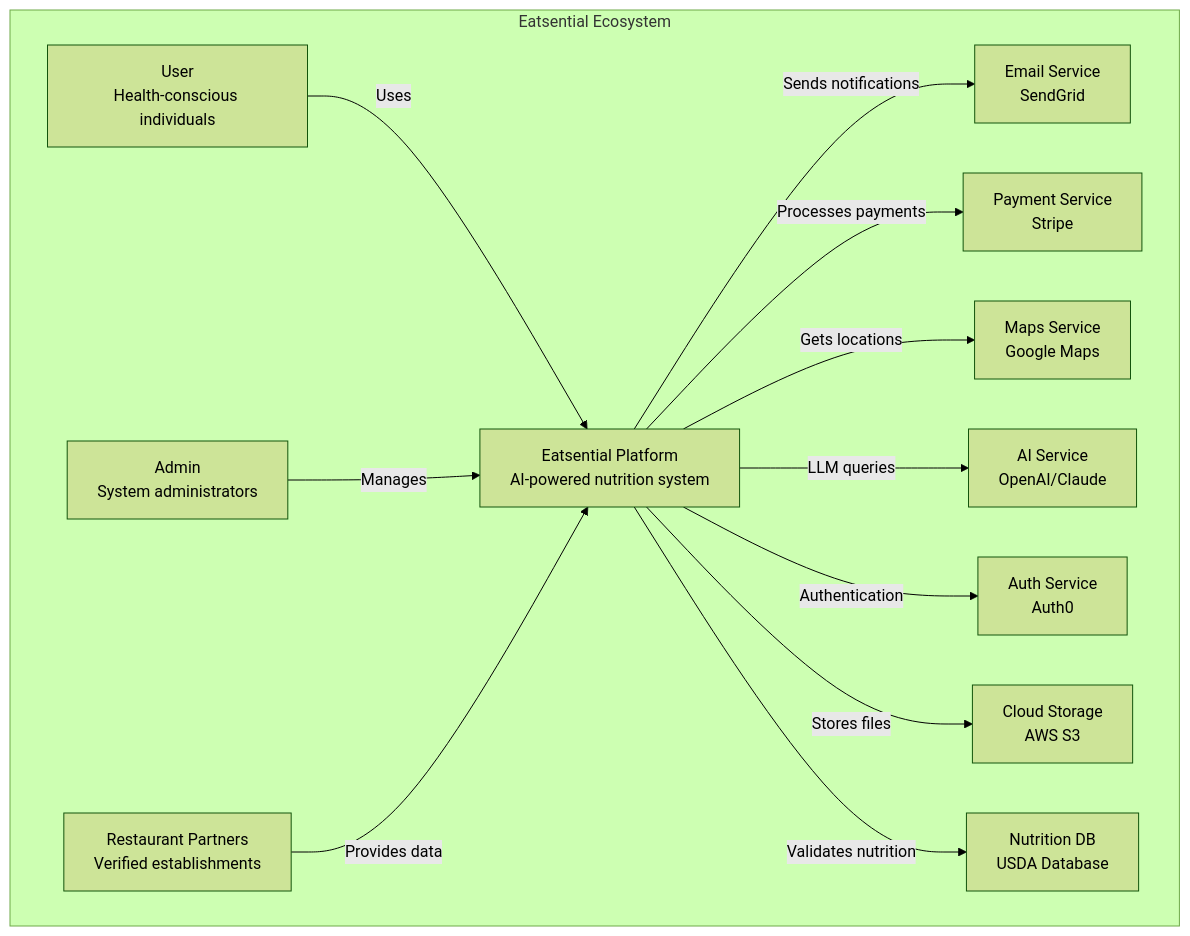
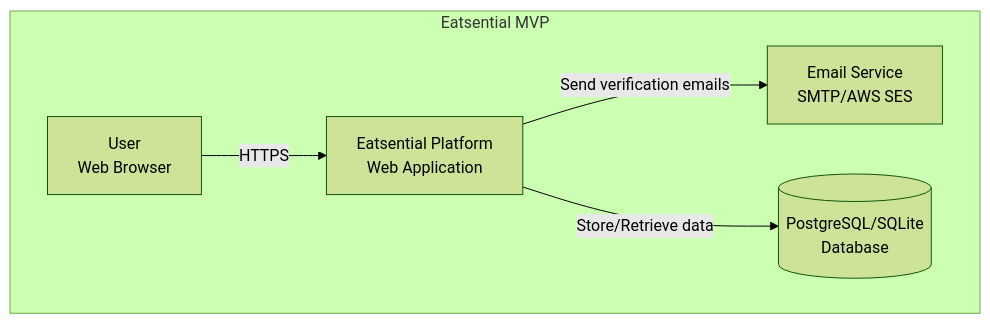
The first of 9 diagrams in proj2/docs/3-DESIGN/3.1-SAD/SAD-MASTER.md (Asoingbob225/CSC510), drawn with Mermaid (forest theme) before and after one commit. The commit also changed other lines of this file and 22 other files, not shown here.

````diff
--- a/proj2/docs/3-DESIGN/3.1-SAD/SAD-MASTER.md
+++ b/proj2/docs/3-DESIGN/3.1-SAD/SAD-MASTER.md
@@ -122,30 +130,15 @@
 ```mermaid
 graph TB
-    subgraph "Eatsential Ecosystem"
-        User[User<br/>Health-conscious individuals]
-        Admin[Admin<br/>System administrators]
-        Restaurant[Restaurant Partners<br/>Verified establishments]
-
-        System[Eatsential Platform<br/>AI-powered nutrition system]
-
-        Email[Email Service<br/>SendGrid]
-        Payment[Payment Service<br/>Stripe]
-        Maps[Maps Service<br/>Google Maps]
-        AI[AI Service<br/>OpenAI/Claude]
-        Auth[Auth Service<br/>Auth0]
-        Storage[Cloud Storage<br/>AWS S3]
-        Nutrition[Nutrition DB<br/>USDA Database]
+    subgraph "Eatsential MVP"
+        User[User<br/>Web Browser]
+        
+        System[Eatsential Platform<br/>Web Application]
+        
+        Email[Email Service<br/>SMTP/AWS SES]
+        DB[(PostgreSQL/SQLite<br/>Database)]
     end
-
-    User -->|Uses| System
-    Admin -->|Manages| System
-    Restaurant -->|Provides data| System
-
-    System -->|Sends notifications| Email
-    System -->|Processes payments| Payment
-    System -->|Gets locations| Maps
-    System -->|LLM queries| AI
-    System -->|Authentication| Auth
-    System -->|Stores files| Storage
-    System -->|Validates nutrition| Nutrition
+    
+    User -->|HTTPS| System
+    System -->|Send verification emails| Email
+    System -->|Store/Retrieve data| DB
 ```
````
